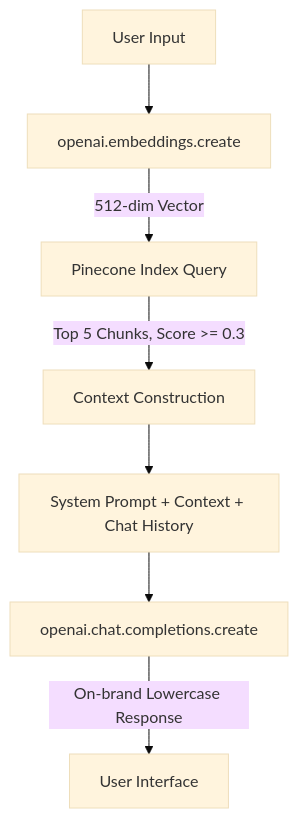
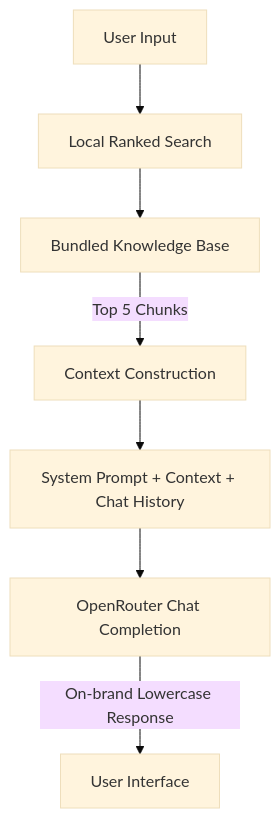
Before and after one commit to Protagonist01/aboutface-chatbot-demo: the diagram in README.md, drawn with Mermaid (base theme). The commit also changed other lines of this file and 6 other files, not shown here.

Commit message:
fix live chatbot OpenRouter flow

````diff
--- a/README.md
+++ b/README.md
@@ -42,9 +42,9 @@
 ```mermaid
 graph TD
-    A[User Input] --> B[openai.embeddings.create]
-    B -->|512-dim Vector| C[Pinecone Index Query]
-    C -->|Top 5 Chunks, Score >= 0.3| D[Context Construction]
+    A[User Input] --> B[Local Ranked Search]
+    B --> C[Bundled Knowledge Base]
+    C -->|Top 5 Chunks| D[Context Construction]
     D --> E[System Prompt + Context + Chat History]
-    E --> F[openai.chat.completions.create]
+    E --> F[OpenRouter Chat Completion]
     F -->|On-brand Lowercase Response| G[User Interface]
 ```
````
